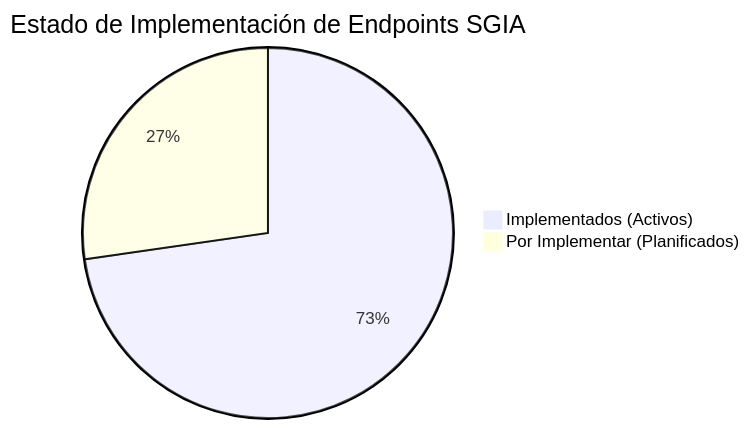
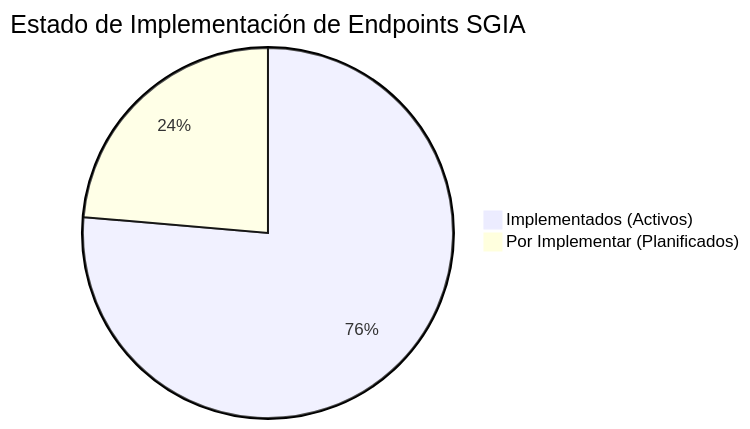
One commit to victorrubilar-dev/BackEnd-SGIA changed the diagram in ENDPOINTS.md. Above: the diagram before and after it, drawn with Mermaid. The commit also changed other lines of this file and 16 other files, not shown here.

````diff
--- a/ENDPOINTS.md
+++ b/ENDPOINTS.md
@@ -202,5 +205,5 @@
 ```mermaid
 pie title Estado de Implementación de Endpoints SGIA
-    "Implementados (Activos)" : 40
-    "Por Implementar (Planificados)" : 15
+    "Implementados (Activos)" : 42
+    "Por Implementar (Planificados)" : 13
 ```
````
